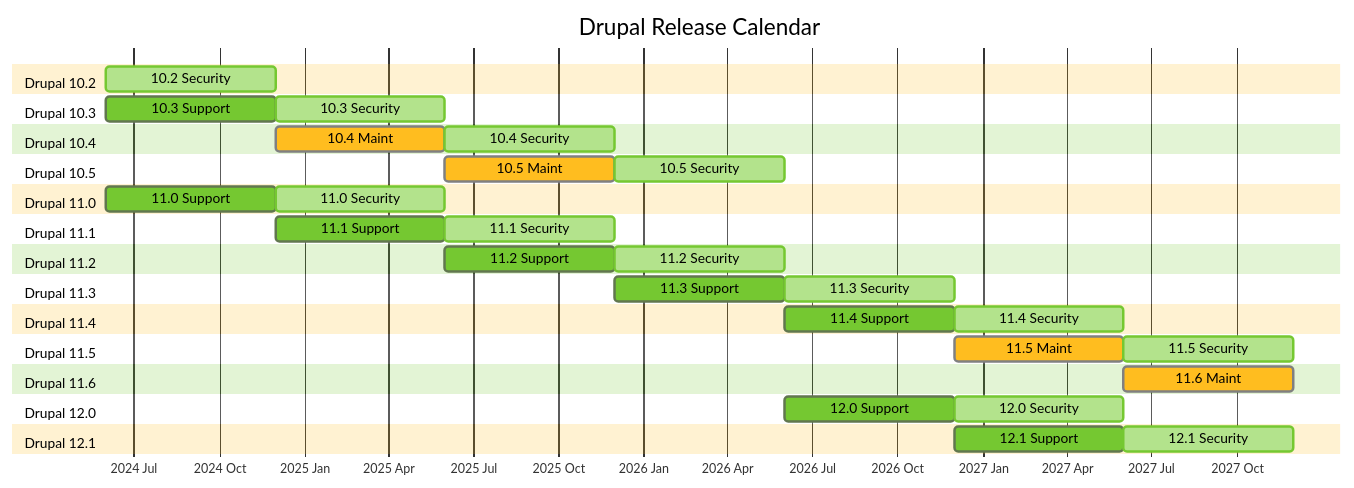
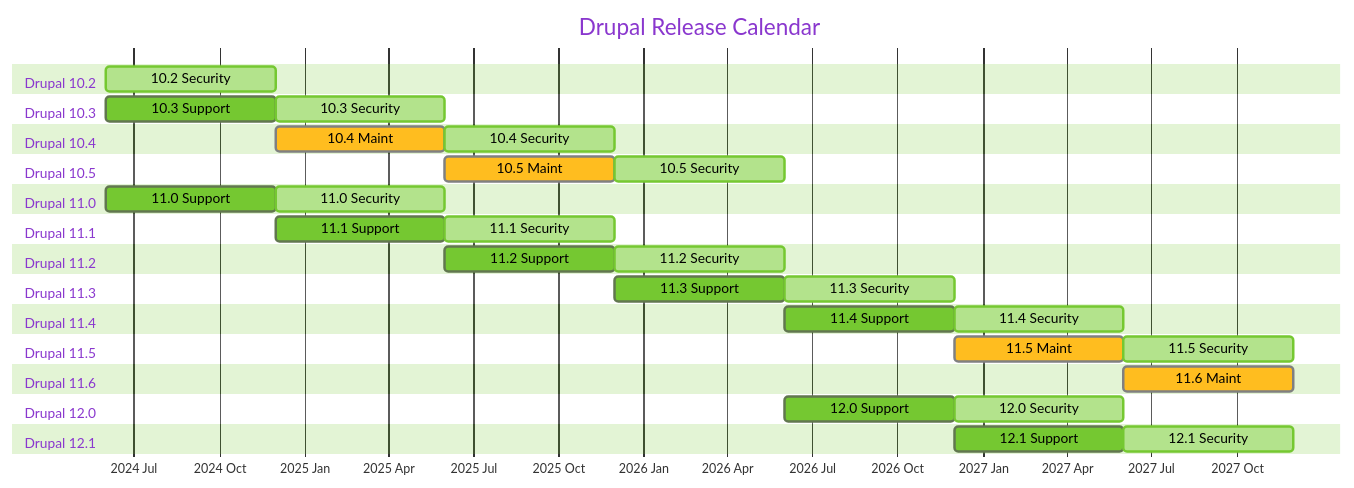
One commit to magulaiz/Drupal changed the diagram in RELEASES-CALENDAR.md. Above: the diagram before and after it, drawn with Mermaid.

Commit message:
Simplify colors.

````diff
--- a/RELEASES-CALENDAR.md
+++ b/RELEASES-CALENDAR.md
@@ -5,60 +5,58 @@
 ```mermaid
 ---
 displayMode: compact
 ---
 %%{
   init: {
     'theme': 'base',
     'themeVariables': {
       'primaryColor': '#75c831',
-      'primaryTextColor': '#FFFFFF',
-      'tertiaryColor': '#ffbd1f',
-      'tertiaryTextColor': '#000000',
+      'tertiaryColor': '#75c831',
       'doneTaskBkgColor': '#ffbd1f',
       'textColor': '#000000'
     }
   }
 }%%
 gantt
     title Drupal Release Calendar
     dateFormat  YYYY-MM
     todayMarker off
     axisFormat %Y %b
     section Drupal 10.2
     10.2 Security   :active, 102sec, 2024-06, 6M
     section Drupal 10.3
     10.3 Support    :103sup, 2024-06, 6M
     10.3 Security   :active, 103sec, after 103sup,6M
     section Drupal 10.4
     10.4 Maint      :done, 104mnt, after 103sup, 6M
     10.4 Security   :active, 104sec, after 104mnt, 6M
     section Drupal 10.5
     10.5 Maint      :done, 105mnt, after 104mnt, 6M
     10.5 Security   :active, 105sec, after 105mnt, 6M
     section Drupal 11.0
     11.0 Support    :110sup, 2024-06  , 6M
     11.0 Security   :active, 110sec, after 110sup, 6M
     section Drupal 11.1
     11.1 Support    :111sup, after 110sup, 6M
     11.1 Security   :active, 111sec, after 111sup, 6M
     section Drupal 11.2
     11.2 Support    :112sup, after 111sup, 6M
     11.2 Security   :active, 112sec, after 112sup, 6M
     section Drupal 11.3
     11.3 Support    :113sup, after 112sup, 6M
     11.3 Security   :active, 113sec, after 113sup, 6M
     section Drupal 11.4
     11.4 Support    :114sup, after 113sup, 6M
     11.4 Security   :active, 114sec, after 114sup, 6M
     section Drupal 11.5
     11.5 Maint      :done, 115mnt, after 114sup, 6M
     11.5 Security   :active, 115sec, after 115mnt, 6M
     section Drupal 11.6
     11.6 Maint      :done, 116mnt, after 115mnt, 6M
     section Drupal 12.0
     12.0 Support    :120sup, after 113sup, 6M
     12.0 Security   :active, 120sec, after 120sup, 6M
     section Drupal 12.1
     12.1 Support    :121sup, after 120sup, 6M
     12.1 Security   :active, after 121sup, 6M
 ```
````
